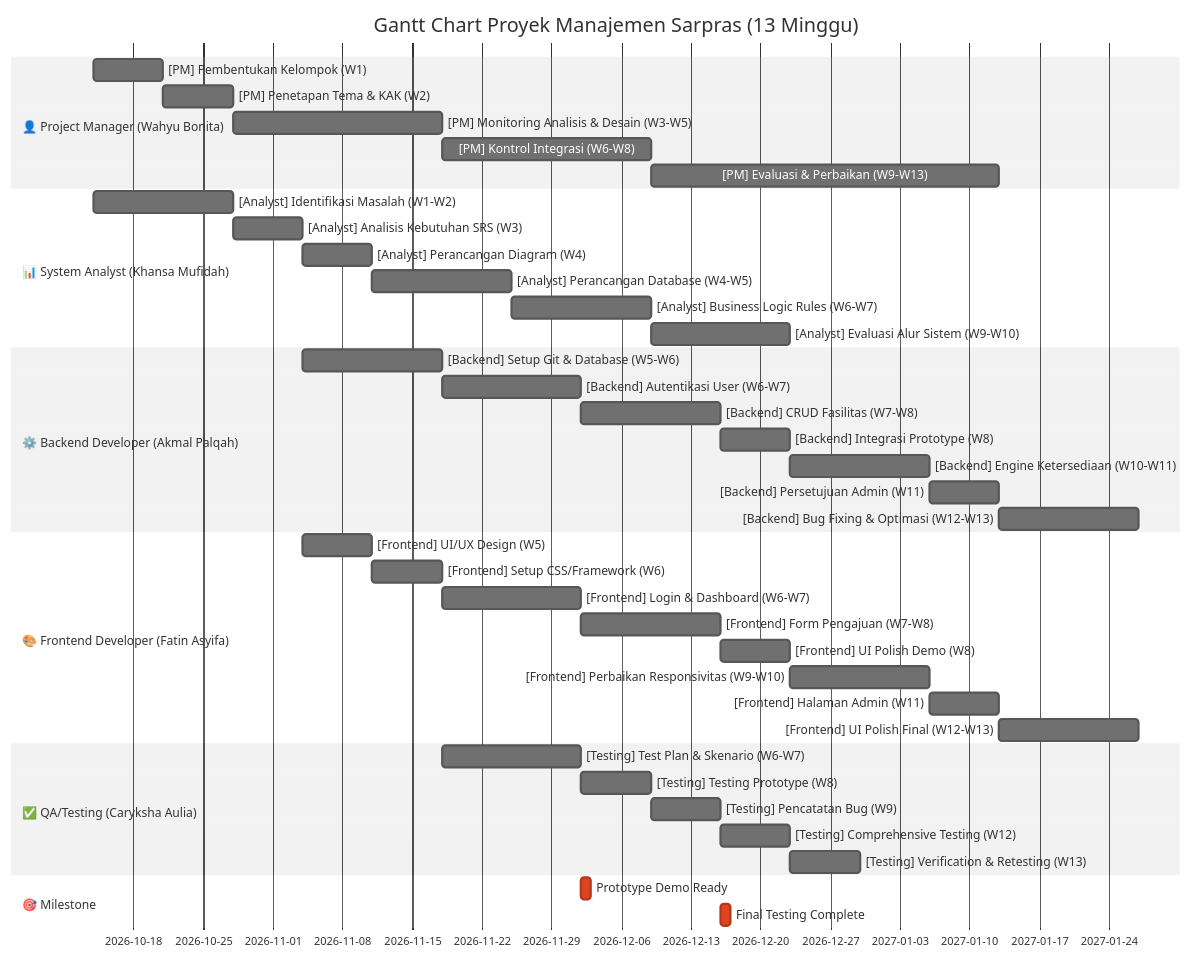
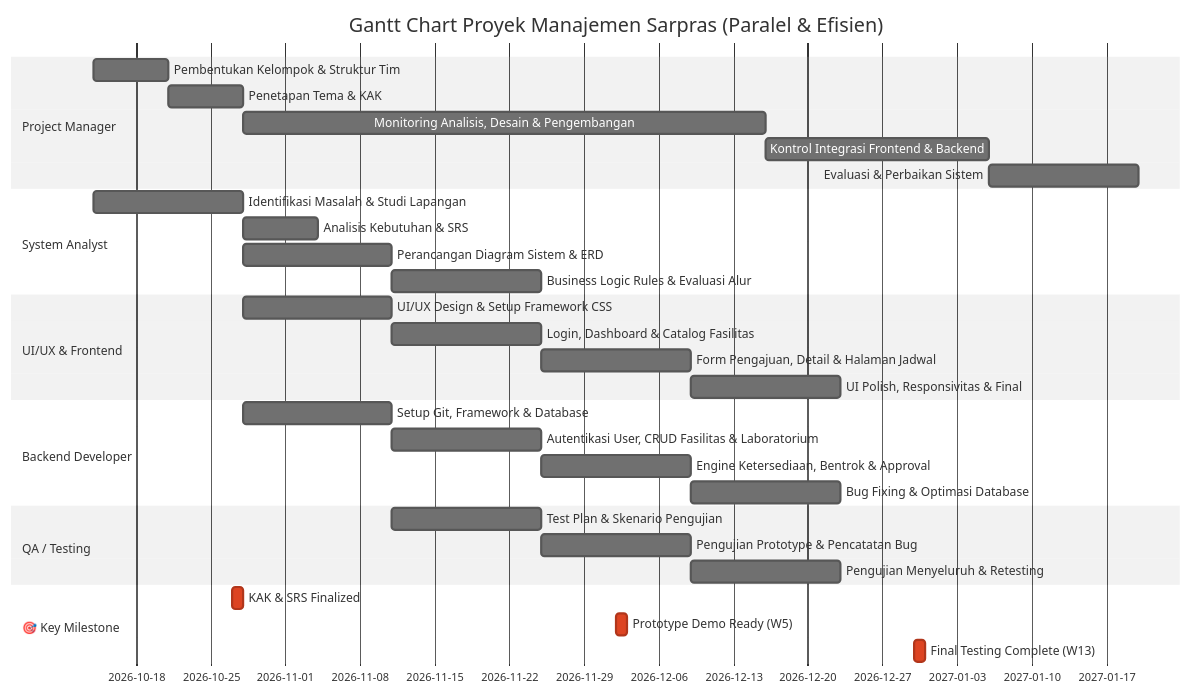
The diagram in GANTT_CHART.md (Fatinasy7/Manajemen-Sarpras), drawn with Mermaid (neutral theme) before and after one commit. The commit also changed other lines of this file, not shown here.

Commit message:
Implement parallel execution strategy - Gantt Chart optimized for 13 weeks

````diff
--- a/GANTT_CHART.md
+++ b/GANTT_CHART.md
@@ -10,50 +11,40 @@
 ```mermaid
 gantt
-    title Gantt Chart Proyek Manajemen Sarpras (13 Minggu)
-    dateFormat YYYY-MM-DD
-    
-    section 👤 Project Manager (Wahyu Bonita)
-    [PM] Pembentukan Kelompok (W1) :pm1, 2026-10-14, 7d
-    [PM] Penetapan Tema & KAK (W2) :pm2, after pm1, 7d
-    [PM] Monitoring Analisis & Desain (W3-W5) :pm3, after pm2, 21d
-    [PM] Kontrol Integrasi (W6-W8) :pm4, after pm3, 21d
-    [PM] Evaluasi & Perbaikan (W9-W13) :pm5, after pm4, 35d
-    
-    section 📊 System Analyst (Khansa Mufidah)
-    [Analyst] Identifikasi Masalah (W1-W2) :an1, 2026-10-14, 14d
-    [Analyst] Analisis Kebutuhan SRS (W3) :an2, after an1, 7d
-    [Analyst] Perancangan Diagram (W4) :an3, after an2, 7d
-    [Analyst] Perancangan Database (W4-W5) :an4, after an3, 14d
-    [Analyst] Business Logic Rules (W6-W7) :an5, after an4, 14d
-    [Analyst] Evaluasi Alur Sistem (W9-W10) :an6, after an5, 14d
-    
-    section ⚙️ Backend Developer (Akmal Palqah)
-    [Backend] Setup Git & Database (W5-W6) :be1, 2026-11-04, 14d
-    [Backend] Autentikasi User (W6-W7) :be2, after be1, 14d
-    [Backend] CRUD Fasilitas (W7-W8) :be3, after be2, 14d
-    [Backend] Integrasi Prototype (W8) :be4, after be3, 7d
-    [Backend] Engine Ketersediaan (W10-W11) :be5, after be4, 14d
-    [Backend] Persetujuan Admin (W11) :be6, after be5, 7d
-    [Backend] Bug Fixing & Optimasi (W12-W13) :be7, after be6, 14d
-    
-    section 🎨 Frontend Developer (Fatin Asyifa)
-    [Frontend] UI/UX Design (W5) :fe1, 2026-11-04, 7d
-    [Frontend] Setup CSS/Framework (W6) :fe2, after fe1, 7d
-    [Frontend] Login & Dashboard (W6-W7) :fe3, after fe2, 14d
-    [Frontend] Form Pengajuan (W7-W8) :fe4, after fe3, 14d
-    [Frontend] UI Polish Demo (W8) :fe5, after fe4, 7d
-    [Frontend] Perbaikan Responsivitas (W9-W10) :fe6, after fe5, 14d
-    [Frontend] Halaman Admin (W11) :fe7, after fe6, 7d
-    [Frontend] UI Polish Final (W12-W13) :fe8, after fe7, 14d
-    
-    section ✅ QA/Testing (Caryksha Aulia)
-    [Testing] Test Plan & Skenario (W6-W7) :qa1, 2026-11-18, 14d
-    [Testing] Testing Prototype (W8) :qa2, after qa1, 7d
-    [Testing] Pencatatan Bug (W9) :qa3, after qa2, 7d
-    [Testing] Comprehensive Testing (W12) :qa4, after qa3, 7d
-    [Testing] Verification & Retesting (W13) :qa5, after qa4, 7d
-    
-    section 🎯 Milestone
-    Prototype Demo Ready :crit, ms1, 2026-12-02, 1d
-    Final Testing Complete :crit, ms2, 2026-12-16, 1d
+    title Gantt Chart Proyek Manajemen Sarpras (Paralel & Efisien)
+    dateFormat  YYYY-MM-DD
+
+    section Project Manager
+    Pembentukan Kelompok & Struktur Tim            :pm1, 2026-10-14, 7d
+    Penetapan Tema & KAK                           :pm2, after pm1, 7d
+    Monitoring Analisis, Desain & Pengembangan     :pm3, 2026-10-28, 49d
+    Kontrol Integrasi Frontend & Backend           :pm4, after pm3, 21d
+    Evaluasi & Perbaikan Sistem                    :pm5, after pm4, 14d
+
+    section System Analyst
+    Identifikasi Masalah & Studi Lapangan          :sa1, 2026-10-14, 14d
+    Analisis Kebutuhan & SRS                       :sa2, after sa1, 7d
+    Perancangan Diagram Sistem & ERD               :sa3, 2026-10-28, 14d
+    Business Logic Rules & Evaluasi Alur           :sa4, after sa3, 14d
+
+    section UI/UX & Frontend
+    UI/UX Design & Setup Framework CSS             :fd1, 2026-10-28, 14d
+    Login, Dashboard & Catalog Fasilitas           :fd2, after fd1, 14d
+    Form Pengajuan, Detail & Halaman Jadwal        :fd3, after fd2, 14d
+    UI Polish, Responsivitas & Final               :fd4, after fd3, 14d
+
+    section Backend Developer
+    Setup Git, Framework & Database                :be1, 2026-10-28, 14d
+    Autentikasi User, CRUD Fasilitas & Laboratorium :be2, after be1, 14d
+    Engine Ketersediaan, Bentrok & Approval        :be3, after be2, 14d
+    Bug Fixing & Optimasi Database                 :be4, after be3, 14d
+
+    section QA / Testing
+    Test Plan & Skenario Pengujian                 :qa1, 2026-11-11, 14d
+    Pengujian Prototype & Pencatatan Bug           :qa2, after qa1, 14d
+    Pengujian Menyeluruh & Retesting               :qa3, after qa2, 14d
+
+    section 🎯 Key Milestone
+    KAK & SRS Finalized                            :crit, ms1, 2026-10-27, 1d
+    Prototype Demo Ready (W5)                      :crit, ms2, 2026-12-02, 1d
+    Final Testing Complete (W13)                   :crit, ms3, 2026-12-30, 1d
 ```
````
